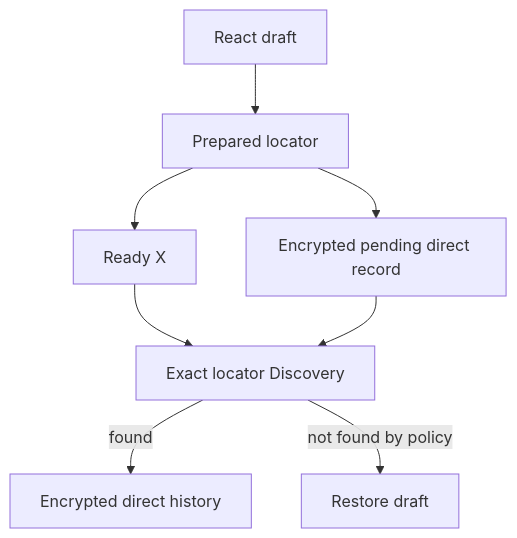
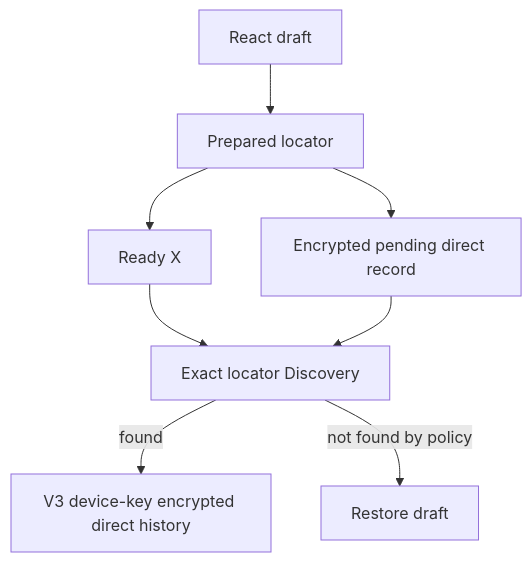
One commit to DXJLabs/vinss changed the fourth of 9 diagrams in docs/technical/frontend/local-state.md. Above: the diagram before and after it, drawn with Mermaid. The commit also changed other lines of this file and 8 other files, not shown here.

Commit message:
docs: refresh messaging architecture, code maps and Mermaid; verify Offer rails

````diff
--- a/docs/technical/frontend/local-state.md
+++ b/docs/technical/frontend/local-state.md
@@ -2258,18 +2249,18 @@
 ```mermaid
 flowchart TD
     DRAFT["React draft"]
     PREP["Prepared locator"]
     ENC["Encrypted pending direct record"]
     WALLET["Ready X"]
     DISC["Exact locator Discovery"]
-    HIST["Encrypted direct history"]
+    HIST["V3 device-key encrypted direct history"]
     FAIL["Restore draft"]
 
     DRAFT --> PREP
     PREP --> ENC
     PREP --> WALLET
     WALLET --> DISC
     DISC -->|found| HIST
     DISC -->|not found by policy| FAIL
     ENC --> DISC
 ```
````
